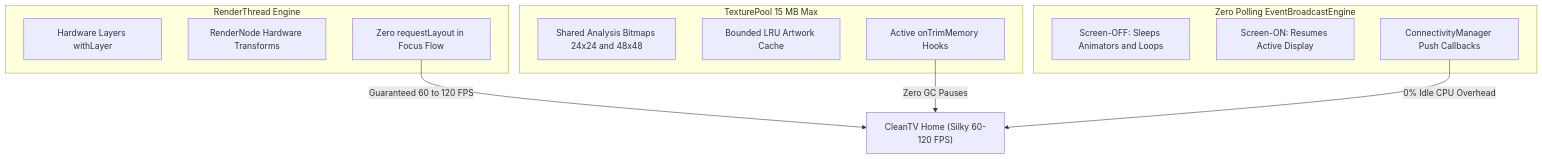
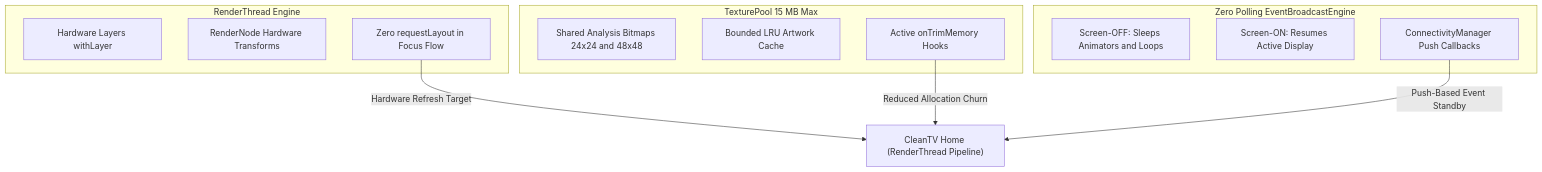
One commit to Rishisharma029/CleanTV-Home changed the fifth of 6 diagrams in README.md. Above: the diagram before and after it, drawn with Mermaid. The commit also changed other lines of this file and 5 other files, not shown here.

````diff
--- a/README.md
+++ b/README.md
@@ -226,24 +226,24 @@
 ```mermaid
 flowchart TD
     subgraph Render["RenderThread Engine"]
         A["Hardware Layers withLayer"]
         B["RenderNode Hardware Transforms"]
         C["Zero requestLayout in Focus Flow"]
     end
 
     subgraph Memory["TexturePool 15 MB Max"]
         D["Shared Analysis Bitmaps 24x24 and 48x48"]
         E["Bounded LRU Artwork Cache"]
         F["Active onTrimMemory Hooks"]
     end
 
     subgraph Power["Zero Polling EventBroadcastEngine"]
         G["Screen-OFF: Sleeps Animators and Loops"]
         H["Screen-ON: Resumes Active Display"]
         I["ConnectivityManager Push Callbacks"]
     end
 
-    C -->|"Guaranteed 60 to 120 FPS"| TV["CleanTV Home (Silky 60-120 FPS)"]
-    F -->|"Zero GC Pauses"| TV
-    I -->|"0% Idle CPU Overhead"| TV
+    C -->|"Hardware Refresh Target"| TV["CleanTV Home (RenderThread Pipeline)"]
+    F -->|"Reduced Allocation Churn"| TV
+    I -->|"Push-Based Event Standby"| TV
 ```
````
